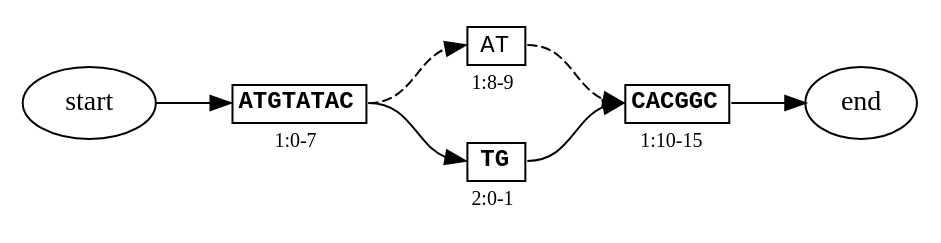
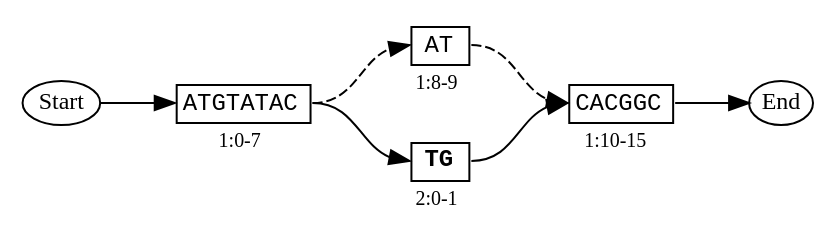
One commit to ginkgobioworks/gen changed the diagram in docs/figures/figure_2_symmetrical.dot. Above: the diagram before and after it, drawn with Graphviz. The commit also changed 19 other files, not shown here.

```diff
--- a/docs/figures/figure_2_symmetrical.dot
+++ b/docs/figures/figure_2_symmetrical.dot
@@ -1,28 +1,36 @@
 strict digraph "" {
 	graph [fontnames=svg,
 		rankdir=LR,
 		ranksep=0.5,
 		splines=true
 	];
 	node [label="\N"];
-	start	[label=start];
-	1.0	[label=<<TABLE BORDER='0' CELLBORDER='1'><TR><TD ALIGN='CENTER' PORT='seq'><FONT POINT-SIZE='12' FACE='Monospace'><B>ATGTATAC</B></FONT></TD></TR><TR><TD BORDER='0' ALIGN='CENTER'><FONT POINT-SIZE='10'>1:0-7</FONT></TD></TR></TABLE>>,
+	start	[fontsize=12,
+		height=0.3,
+		label=Start,
+		margin=0,
+		width=0.45];
+	1.0	[label=<<TABLE BORDER='0' CELLBORDER='1'><TR><TD ALIGN='CENTER' PORT='seq'><FONT POINT-SIZE='12' FACE='Monospace'>ATGTATAC</FONT></TD></TR><TR><TD BORDER='0' ALIGN='CENTER'><FONT POINT-SIZE='10'>1:0-7</FONT></TD></TR></TABLE>>,
 		margin=0,
 		shape=none];
 	start:e -> 1.0:seq:w;
 	1.8	[label=<<TABLE BORDER='0' CELLBORDER='1'><TR><TD ALIGN='CENTER' PORT='seq'><FONT POINT-SIZE='12' FACE='Monospace'>AT</FONT></TD></TR><TR><TD BORDER='0' ALIGN='CENTER'><FONT POINT-SIZE='10'>1:8-9</FONT></TD></TR></TABLE>>,
 		margin=0,
 		shape=none];
 	1.0:seq:e -> 1.8:seq:w	[style=dashed];
 	2.0	[label=<<TABLE BORDER='0' CELLBORDER='1'><TR><TD ALIGN='CENTER' PORT='seq'><FONT POINT-SIZE='12' FACE='Monospace'><B>TG</B></FONT></TD></TR><TR><TD BORDER='0' ALIGN='CENTER'><FONT POINT-SIZE='10'>2:0-1</FONT></TD></TR></TABLE>>,
 		margin=0,
 		shape=none];
 	1.0:seq:e -> 2.0:seq:w;
-	1.10	[label=<<TABLE BORDER='0' CELLBORDER='1'><TR><TD ALIGN='CENTER' PORT='seq'><FONT POINT-SIZE='12' FACE='Monospace'><B>CACGGC</B></FONT></TD></TR><TR><TD BORDER='0' ALIGN='CENTER'><FONT POINT-SIZE='10'>1:10-15</FONT></TD></TR></TABLE>>,
+	1.10	[label=<<TABLE BORDER='0' CELLBORDER='1'><TR><TD ALIGN='CENTER' PORT='seq'><FONT POINT-SIZE='12' FACE='Monospace'>CACGGC</FONT></TD></TR><TR><TD BORDER='0' ALIGN='CENTER'><FONT POINT-SIZE='10'>1:10-15</FONT></TD></TR></TABLE>>,
 		margin=0,
 		shape=none];
 	1.8:seq:e -> 1.10:seq:w	[style=dashed];
-	end	[label=end];
+	end	[fontsize=12,
+		height=0.3,
+		label=End,
+		margin=0,
+		width=0.45];
 	1.10:seq:e -> end:w;
 	2.0:seq:e -> 1.10:seq:w;
 }
```
